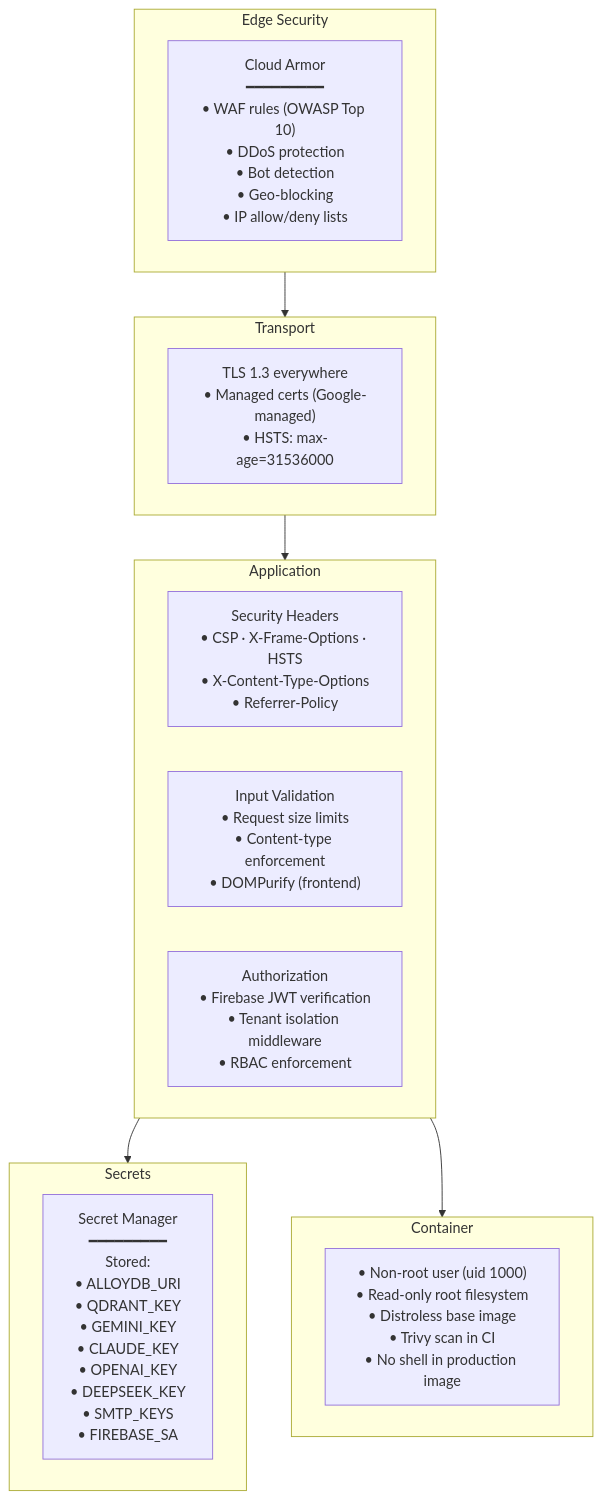
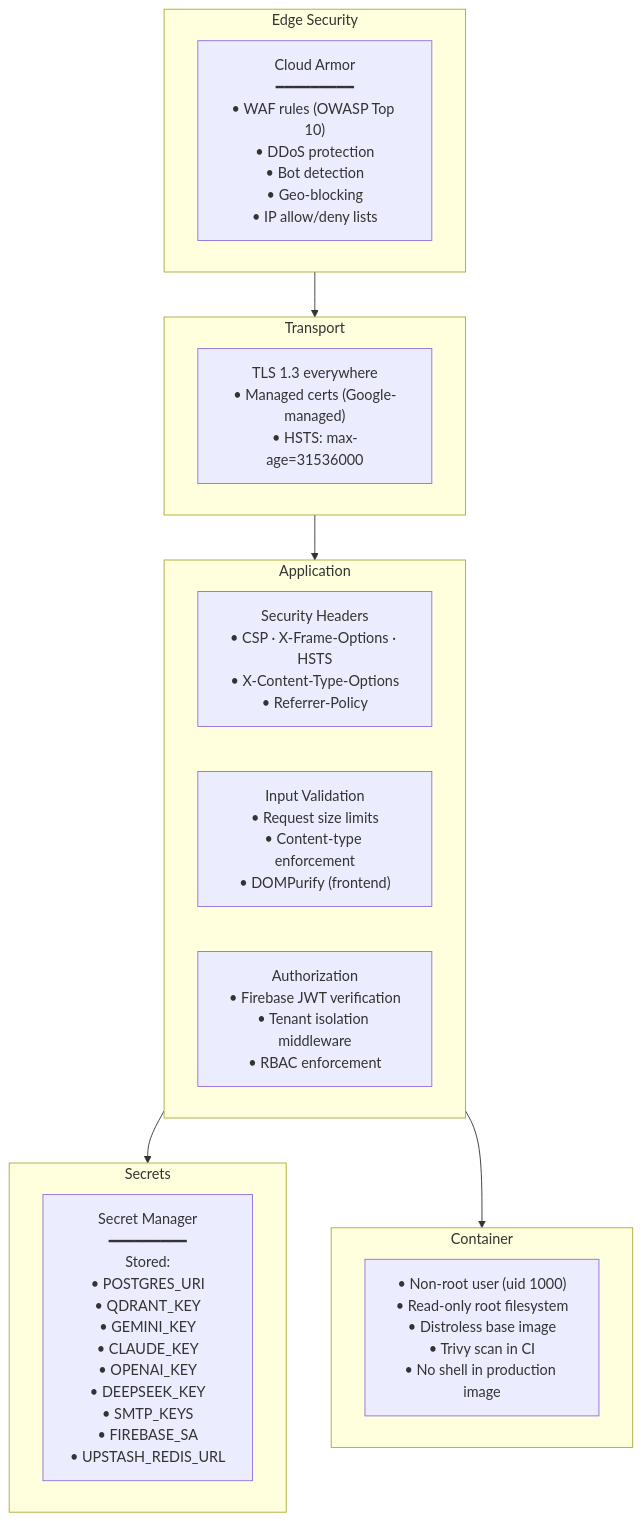
Before and after one commit to Nexus-chat-5039/Nexus-chat: diagram 16 of 24 in ARCHITECTURE.md, drawn with Mermaid. The commit also changed other lines of this file and 38 other files, not shown here.

Commit message:
feat: implement minimal architecture with custom JWT auth

````diff
--- a/ARCHITECTURE.md
+++ b/ARCHITECTURE.md
@@ -1139,28 +1251,28 @@
 ```mermaid
 graph TD
     subgraph EdgeSecurity["Edge Security"]
         CA["Cloud Armor\n━━━━━━━━━\n• WAF rules (OWASP Top 10)\n• DDoS protection\n• Bot detection\n• Geo-blocking\n• IP allow/deny lists"]
     end
 
     subgraph TransportSecurity["Transport"]
         TLS["TLS 1.3 everywhere\n• Managed certs (Google-managed)\n• HSTS: max-age=31536000"]
     end
 
     subgraph AppSecurity["Application"]
         HEADS["Security Headers\n• CSP · X-Frame-Options · HSTS\n• X-Content-Type-Options\n• Referrer-Policy"]
         INPUT["Input Validation\n• Request size limits\n• Content-type enforcement\n• DOMPurify (frontend)"]
         AUTHZ["Authorization\n• Firebase JWT verification\n• Tenant isolation middleware\n• RBAC enforcement"]
     end
 
     subgraph SecretSecurity["Secrets"]
-        SM["Secret Manager\n━━━━━━━━━\nStored:\n• ALLOYDB_URI\n• QDRANT_KEY\n• GEMINI_KEY\n• CLAUDE_KEY\n• OPENAI_KEY\n• DEEPSEEK_KEY\n• SMTP_KEYS\n• FIREBASE_SA"]
+        SM["Secret Manager\n━━━━━━━━━\nStored:\n• POSTGRES_URI\n• QDRANT_KEY\n• GEMINI_KEY\n• CLAUDE_KEY\n• OPENAI_KEY\n• DEEPSEEK_KEY\n• SMTP_KEYS\n• FIREBASE_SA\n• UPSTASH_REDIS_URL"]
     end
 
     subgraph ContainerSecurity["Container"]
         CONT["• Non-root user (uid 1000)\n• Read-only root filesystem\n• Distroless base image\n• Trivy scan in CI\n• No shell in production image"]
     end
 
     EdgeSecurity --> TransportSecurity --> AppSecurity
     AppSecurity --> SecretSecurity
     AppSecurity --> ContainerSecurity
 ```
````
